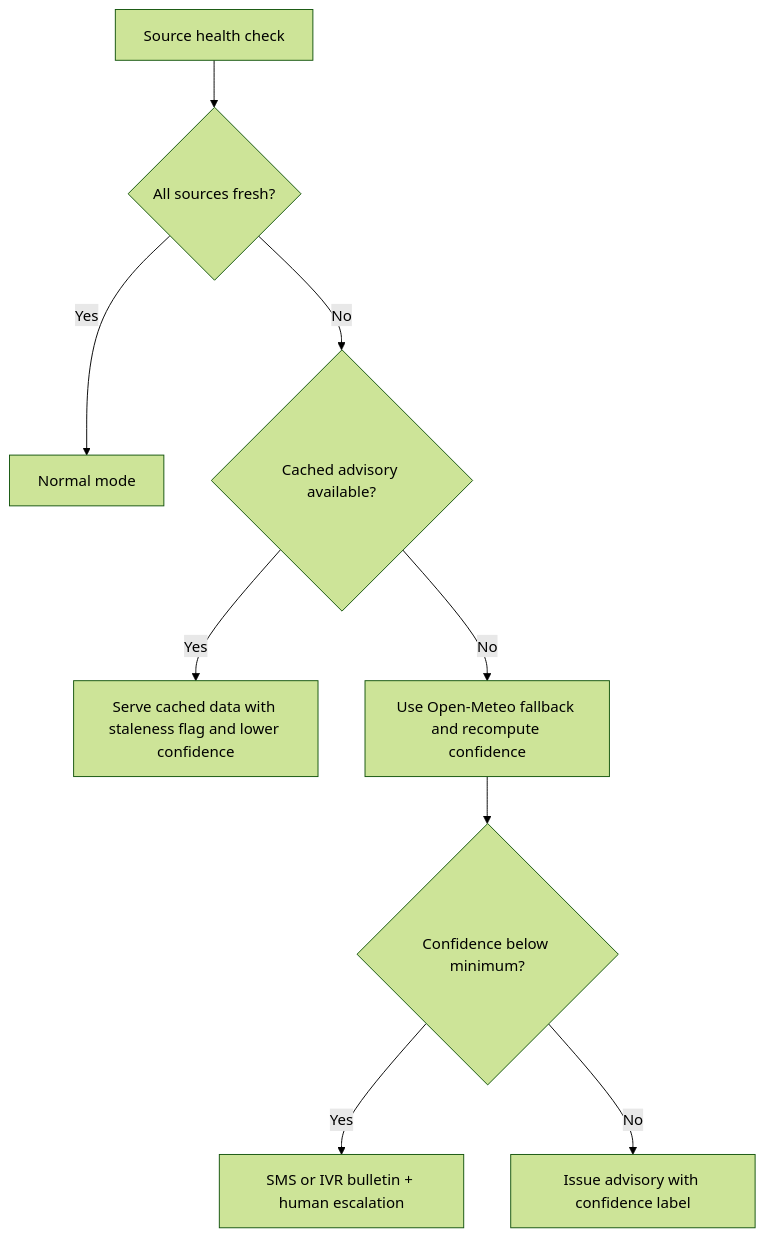
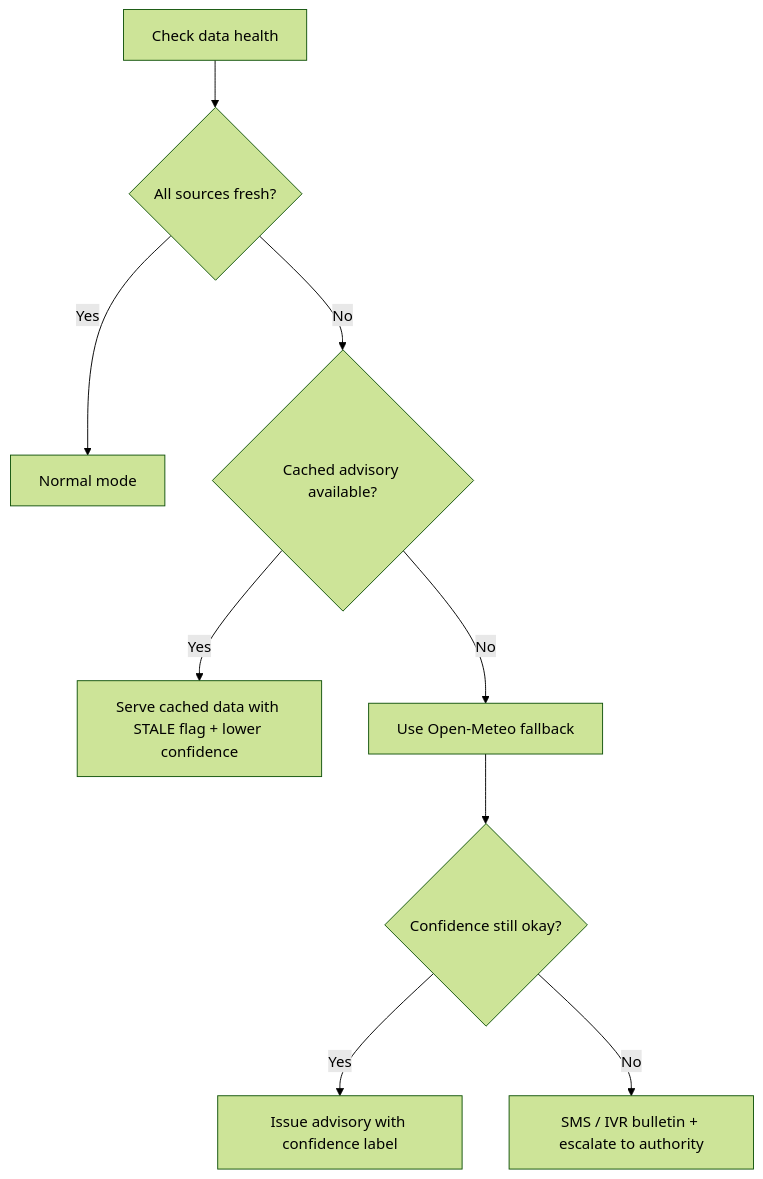
Before and after one commit to muzzammilsalim2006-lab/orca-1: the fifth of 5 diagrams in README.md, drawn with Mermaid (forest theme). The commit also changed other lines of this file, not shown here.

````diff
--- a/README.md
+++ b/README.md
@@ -182,11 +199,11 @@
 ```mermaid
-flowchart TD
-    H["Source health check"] --> Q1{"All sources fresh?"}
-    Q1 -- Yes --> N["Normal mode"]
-    Q1 -- No --> Q2{"Cached advisory available?"}
-    Q2 -- Yes --> C["Serve cached data with staleness flag and lower confidence"]
-    Q2 -- No --> F["Use Open-Meteo fallback and recompute confidence"]
-    F --> Q3{"Confidence below minimum?"}
-    Q3 -- Yes --> S["SMS or IVR bulletin + human escalation"]
-    Q3 -- No --> A["Issue advisory with confidence label"]
+graph TD
+    A[Check data health] --> B{All sources fresh?}
+    B -- Yes --> N[Normal mode]
+    B -- No --> C{Cached advisory available?}
+    C -- Yes --> D[Serve cached data with STALE flag + lower confidence]
+    C -- No --> E[Use Open-Meteo fallback]
+    E --> F{Confidence still okay?}
+    F -- Yes --> G[Issue advisory with confidence label]
+    F -- No --> H[SMS / IVR bulletin + escalate to authority]
 ```
````
